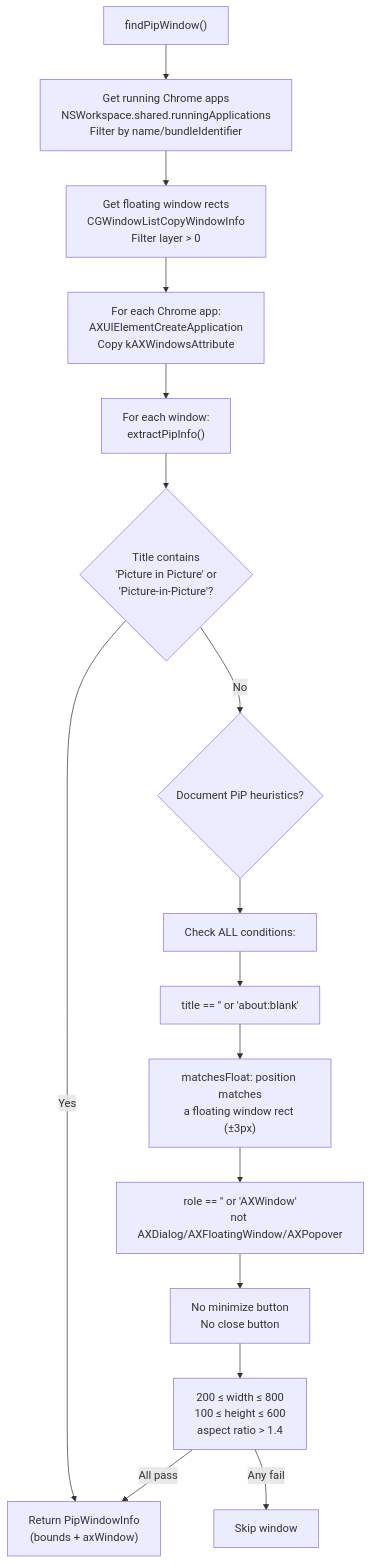
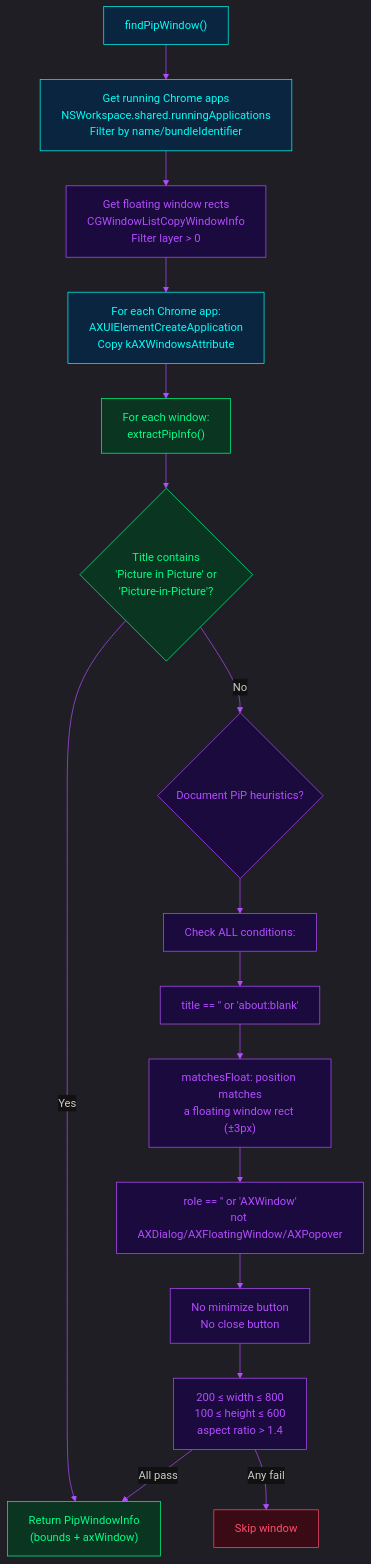
Before and after one commit to colours93/pipbounce: the third of 9 diagrams in README.md, drawn with Mermaid. The commit also changed other lines of this file and 43 other files, not shown here.

````diff
--- a/README.md
+++ b/README.md
@@ -152,20 +171,26 @@
 ```mermaid
+%%{init: {'theme': 'dark', 'themeVariables': {'primaryColor': '#0a2540', 'primaryTextColor': '#00fff5', 'primaryBorderColor': '#00fff5', 'lineColor': '#b44dff', 'secondaryColor': '#1a0a3e', 'tertiaryColor': '#0a3520', 'edgeLabelBackground': '#111', 'clusterBkg': '#0d0d14', 'clusterBorder': '#2a2a3a', 'titleColor': '#fafafa', 'nodeTextColor': '#fafafa'}}}%%
 flowchart TD
-    A["findPipWindow()"] --> B["Get running Chrome apps\nNSWorkspace.shared.runningApplications\nFilter by name/bundleIdentifier"]
-    B --> C["Get floating window rects\nCGWindowListCopyWindowInfo\nFilter layer > 0"]
-    C --> D["For each Chrome app:\nAXUIElementCreateApplication\nCopy kAXWindowsAttribute"]
-    D --> E["For each window:\nextractPipInfo()"]
+    classDef cyan fill:#0a2540,stroke:#00fff5,color:#00fff5
+    classDef purple fill:#1a0a3e,stroke:#b44dff,color:#b44dff
+    classDef green fill:#0a3520,stroke:#00ff88,color:#00ff88
+    classDef red fill:#3a0a15,stroke:#ff4d6d,color:#ff4d6d
 
-    E --> F{"Title contains\n'Picture in Picture' or\n'Picture-in-Picture'?"}
-    F -->|Yes| FOUND["Return PipWindowInfo\n(bounds + axWindow)"]
+    A["findPipWindow()"]:::cyan --> B["Get running Chrome apps\nNSWorkspace.shared.runningApplications\nFilter by name/bundleIdentifier"]:::cyan
+    B --> C["Get floating window rects\nCGWindowListCopyWindowInfo\nFilter layer > 0"]:::purple
+    C --> D["For each Chrome app:\nAXUIElementCreateApplication\nCopy kAXWindowsAttribute"]:::cyan
+    D --> E["For each window:\nextractPipInfo()"]:::green
 
-    F -->|No| G{"Document PiP heuristics?"}
-    G --> H["Check ALL conditions:"]
-    H --> H1["title == '' or 'about:blank'"]
-    H1 --> H2["matchesFloat: position matches\na floating window rect (±3px)"]
-    H2 --> H3["role == '' or 'AXWindow'\nnot AXDialog/AXFloatingWindow/AXPopover"]
-    H3 --> H4["No minimize button\nNo close button"]
-    H4 --> H5["200 ≤ width ≤ 800\n100 ≤ height ≤ 600\naspect ratio > 1.4"]
+    E --> F{"Title contains\n'Picture in Picture' or\n'Picture-in-Picture'?"}:::green
+    F -->|Yes| FOUND["Return PipWindowInfo\n(bounds + axWindow)"]:::green
+
+    F -->|No| G{"Document PiP heuristics?"}:::purple
+    G --> H["Check ALL conditions:"]:::purple
+    H --> H1["title == '' or 'about:blank'"]:::purple
+    H1 --> H2["matchesFloat: position matches\na floating window rect (±3px)"]:::purple
+    H2 --> H3["role == '' or 'AXWindow'\nnot AXDialog/AXFloatingWindow/AXPopover"]:::purple
+    H3 --> H4["No minimize button\nNo close button"]:::purple
+    H4 --> H5["200 ≤ width ≤ 800\n100 ≤ height ≤ 600\naspect ratio > 1.4"]:::purple
     H5 -->|All pass| FOUND
-    H5 -->|Any fail| SKIP["Skip window"]
+    H5 -->|Any fail| SKIP["Skip window"]:::red
 ```
````
